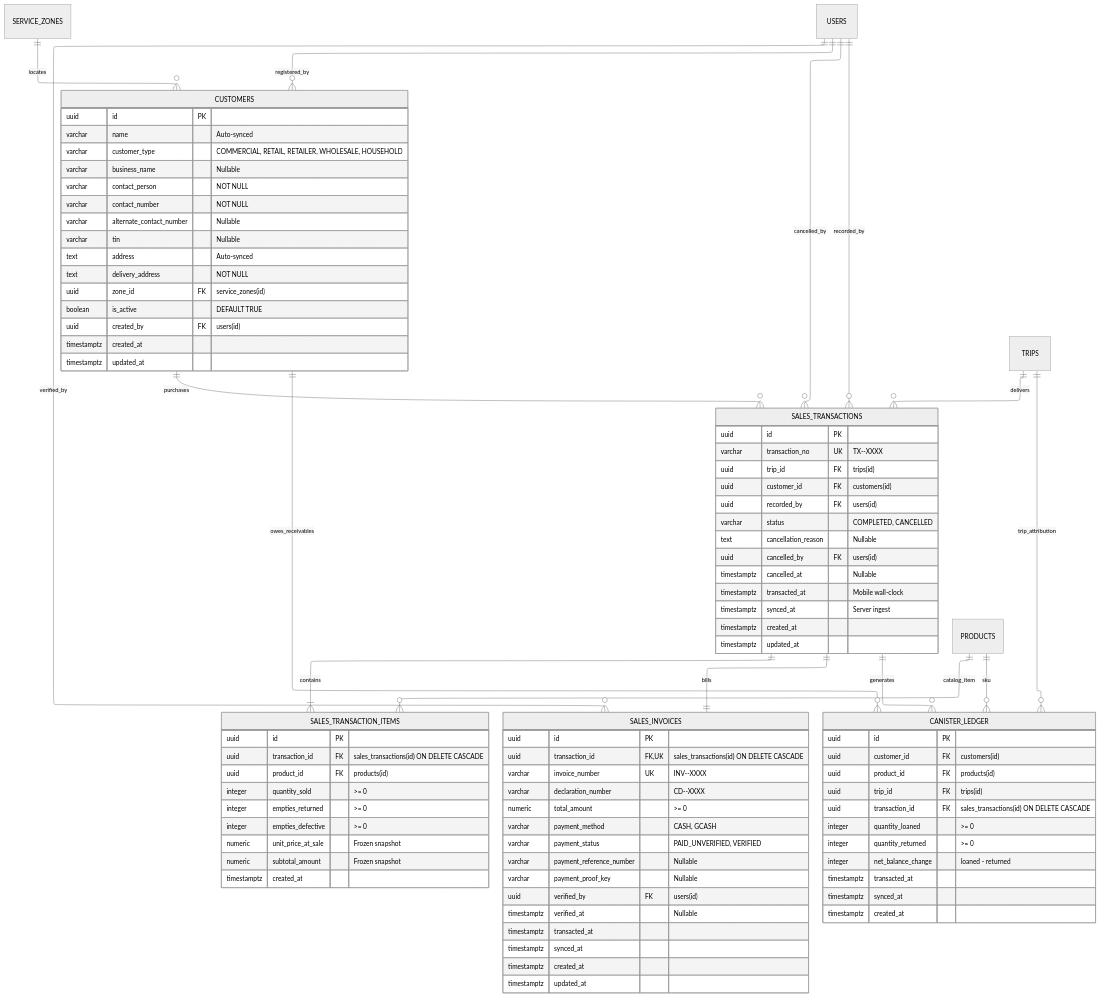
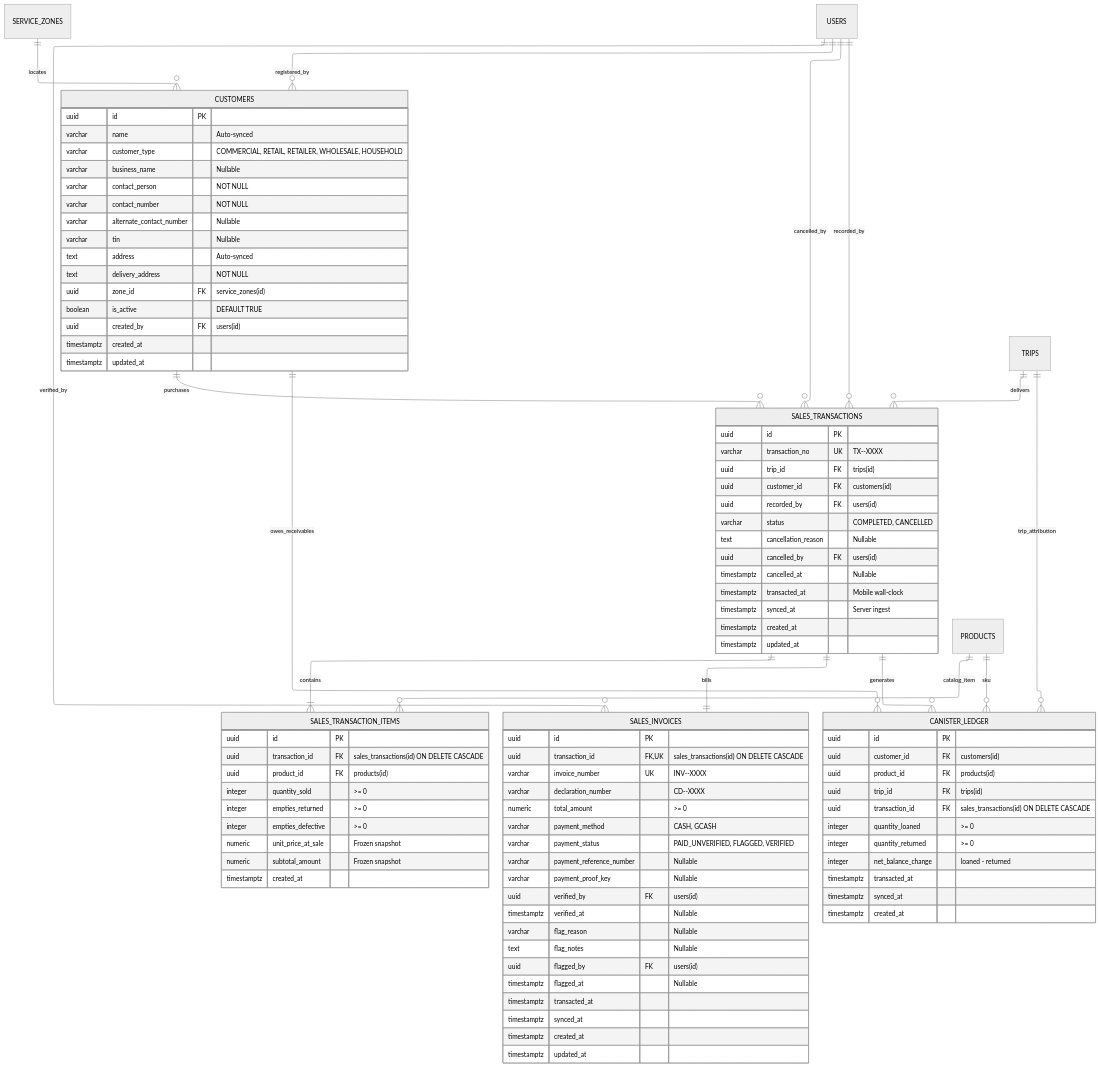
Before and after one commit to madayawgas/madayawgas-backend: the diagram in docs/ERD_mermaid/sales_and_delivery_erd.md, drawn with Mermaid. The commit also changed other lines of this file and 15 other files, not shown here.

```diff
--- a/docs/ERD_mermaid/sales_and_delivery_erd.md
+++ b/docs/ERD_mermaid/sales_and_delivery_erd.md
@@ -96,11 +96,15 @@
         varchar declaration_number "CD-<prefix>-XXXX"
         numeric total_amount ">= 0"
         varchar payment_method "CASH, GCASH"
-        varchar payment_status "PAID_UNVERIFIED, VERIFIED"
+        varchar payment_status "PAID_UNVERIFIED, FLAGGED, VERIFIED"
         varchar payment_reference_number "Nullable"
         varchar payment_proof_key "Nullable"
         uuid verified_by FK "users(id)"
         timestamptz verified_at "Nullable"
+        varchar flag_reason "Nullable"
+        text flag_notes "Nullable"
+        uuid flagged_by FK "users(id)"
+        timestamptz flagged_at "Nullable"
         timestamptz transacted_at
         timestamptz synced_at
         timestamptz created_at
```
